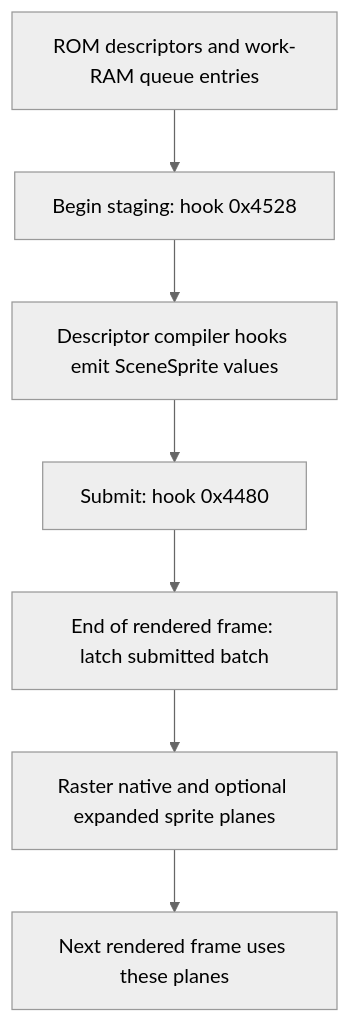
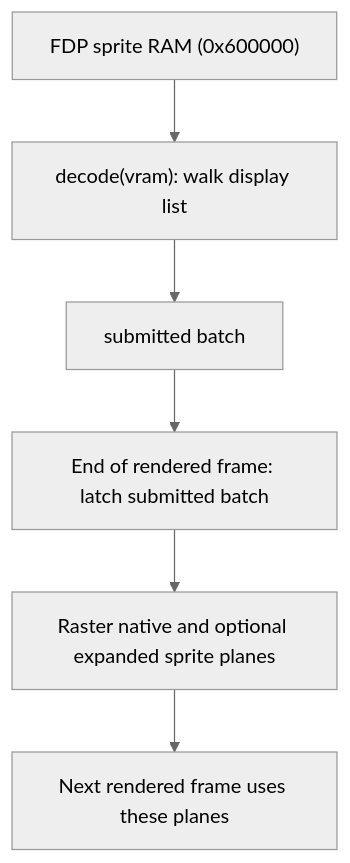
One commit to ansxor/f3-recomp changed the diagram in docs/site/developer/runtime/video/sprites.md. Above: the diagram before and after it, drawn with Mermaid (neutral theme). The commit also changed other lines of this file and 73 other files, not shown here.

Commit message:
Rework game video HLE: generic/log/decode modules, scene/sprite/tile/text/line updates, docs refresh

````diff
--- a/docs/site/developer/runtime/video/sprites.md
+++ b/docs/site/developer/runtime/video/sprites.md
@@ -19,9 +23,8 @@
 ```mermaid
 flowchart TD
-    Q["ROM descriptors and work-RAM queue entries"] --> B["Begin staging: hook 0x4528"]
-    B --> P["Descriptor compiler hooks emit SceneSprite values"]
-    P --> S["Submit: hook 0x4480"]
-    S --> L["End of rendered frame: latch submitted batch"]
+    V["FDP sprite RAM (0x600000)"] --> O["decode(vram): walk display list"]
+    O --> SUB["submitted batch"]
+    SUB --> L["End of rendered frame: latch submitted batch"]
     L --> R["Raster native and optional expanded sprite planes"]
     R --> N["Next rendered frame uses these planes"]
 ```
````
